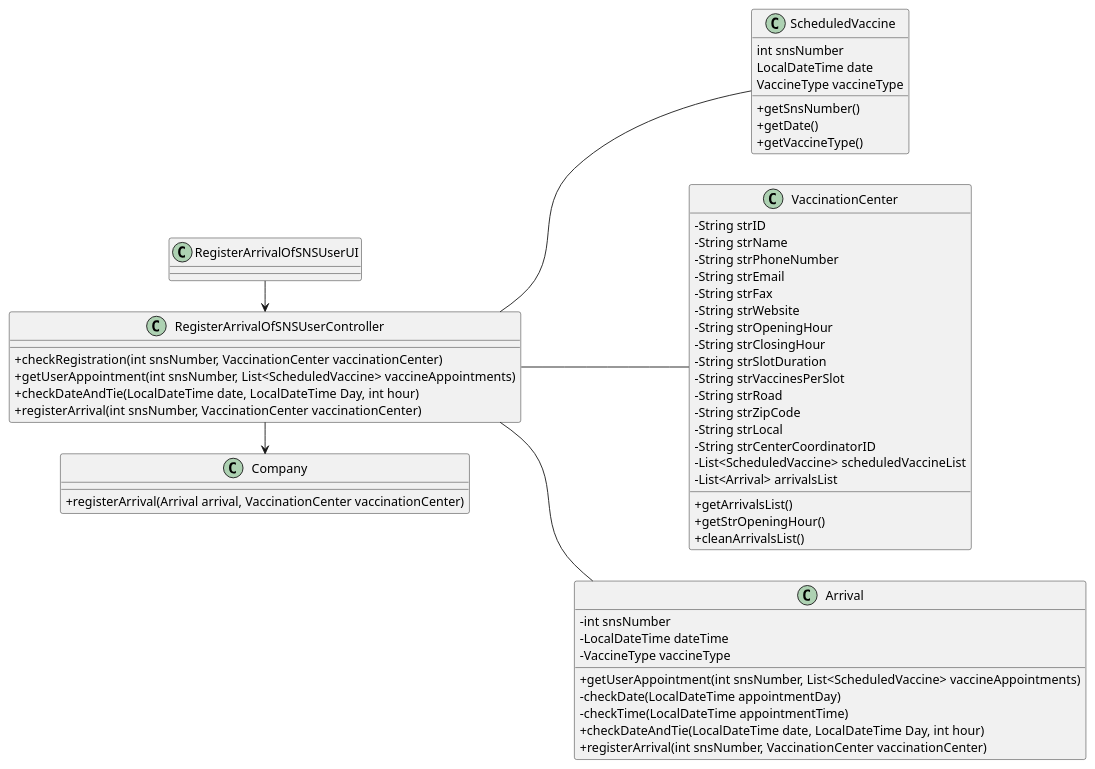
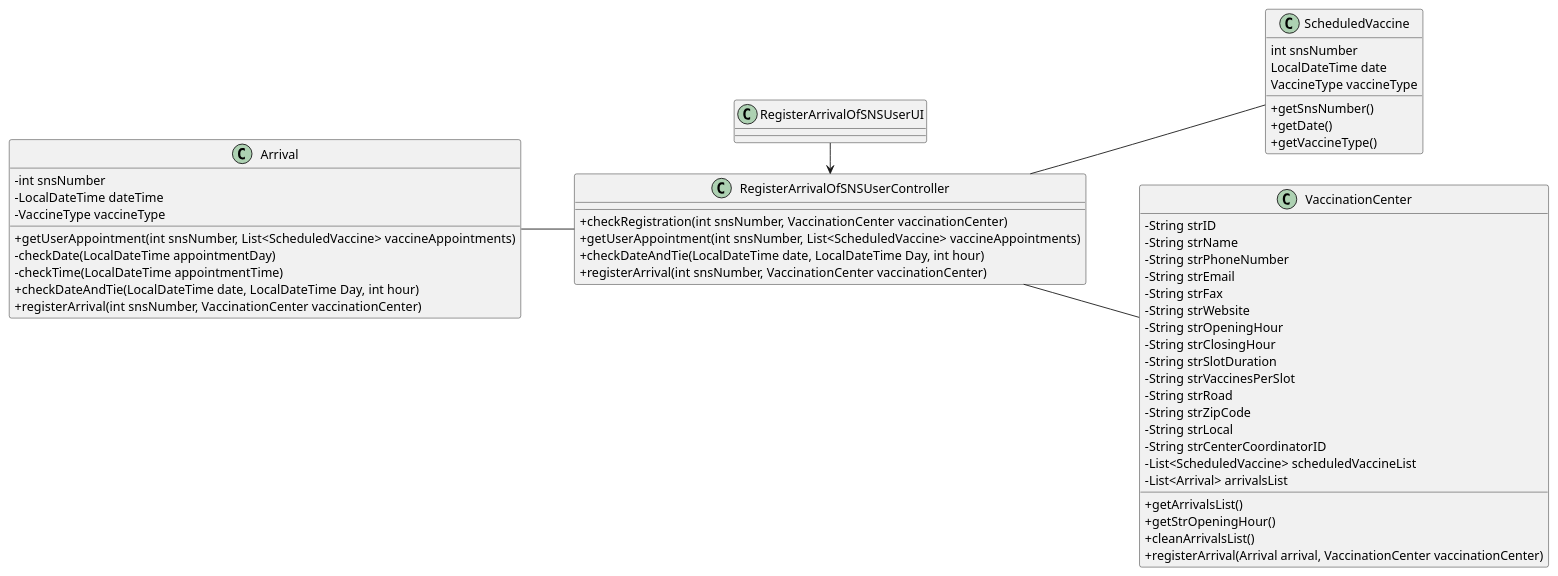
One commit to Pirussa/lei-22-s2-1da-g02 changed the diagram in docs/SprintC/US004/US004_CD.puml. Above: the diagram before and after it, drawn with PlantUML.

Commit message:
Changes regarding the last commit because and error was found

```diff
--- a/docs/SprintC/US004/US004_CD.puml
+++ b/docs/SprintC/US004/US004_CD.puml
@@ -1,71 +1,68 @@
 @startuml
 'https://plantuml.com/class-diagram
 
 skinparam classAttributeIconSize 0
 
-class Company {
-+registerArrival(Arrival arrival, VaccinationCenter vaccinationCenter)
-}
 
 class ScheduledVaccine {
 int snsNumber
 LocalDateTime date
 VaccineType vaccineType
 +getSnsNumber()
 +getDate()
 +getVaccineType()
 }
 
 class VaccinationCenter {
 -String strID
 -String strName
 -String strPhoneNumber
 -String strEmail
 -String strFax
 -String strWebsite
 -String strOpeningHour
 -String strClosingHour
 -String strSlotDuration
 -String strVaccinesPerSlot
 -String strRoad
 -String strZipCode
 -String strLocal
 -String strCenterCoordinatorID
 -List<ScheduledVaccine> scheduledVaccineList
 -List<Arrival> arrivalsList
 +getArrivalsList()
 +getStrOpeningHour()
 +cleanArrivalsList()
++registerArrival(Arrival arrival, VaccinationCenter vaccinationCenter)
 }
 
 
 class RegisterArrivalOfSNSUserUI
 
 class RegisterArrivalOfSNSUserController{
 +checkRegistration(int snsNumber, VaccinationCenter vaccinationCenter)
 +getUserAppointment(int snsNumber, List<ScheduledVaccine> vaccineAppointments)
 +checkDateAndTie(LocalDateTime date, LocalDateTime Day, int hour)
 +registerArrival(int snsNumber, VaccinationCenter vaccinationCenter)
 }
 
 class Arrival {
 -int snsNumber
 -LocalDateTime dateTime
 -VaccineType vaccineType
 +getUserAppointment(int snsNumber, List<ScheduledVaccine> vaccineAppointments)
 -checkDate(LocalDateTime appointmentDay)
 -checkTime(LocalDateTime appointmentTime)
 +checkDateAndTie(LocalDateTime date, LocalDateTime Day, int hour)
 +registerArrival(int snsNumber, VaccinationCenter vaccinationCenter)
 }
 
 
 left to right direction
 
-RegisterArrivalOfSNSUserController -> Company
-RegisterArrivalOfSNSUserController -- Arrival
+RegisterArrivalOfSNSUserController -up- Arrival
 RegisterArrivalOfSNSUserController -- VaccinationCenter
 RegisterArrivalOfSNSUserController -- ScheduledVaccine
 RegisterArrivalOfSNSUserUI -> RegisterArrivalOfSNSUserController
 
 @enduml
```
